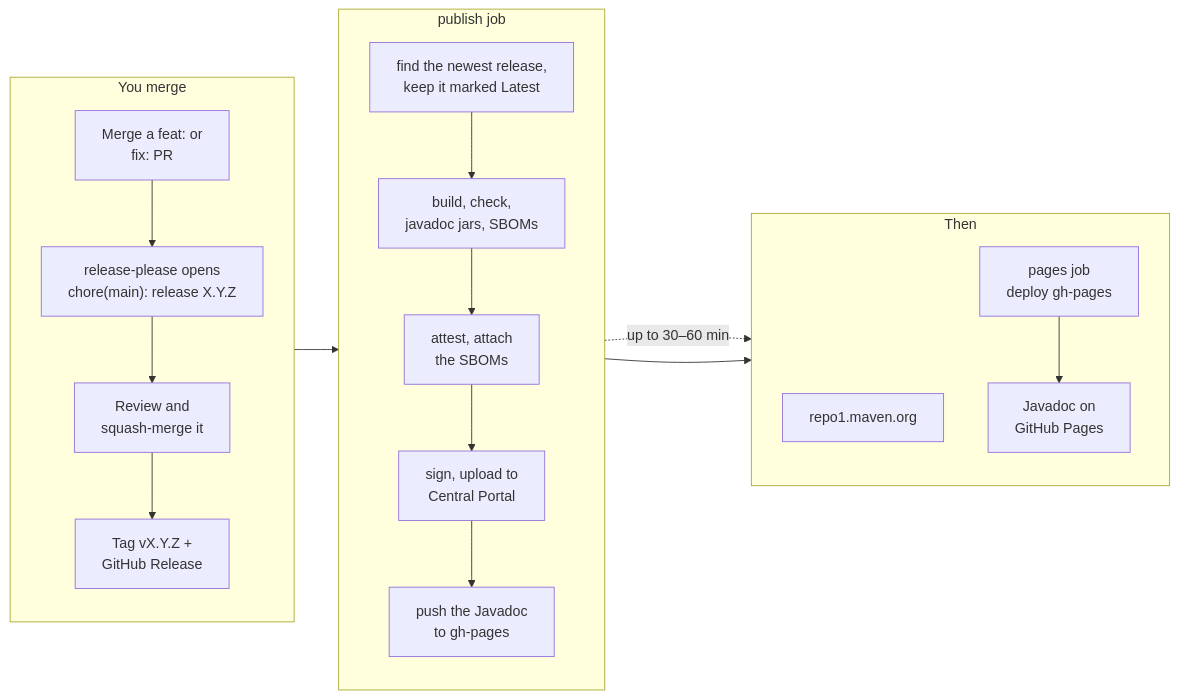
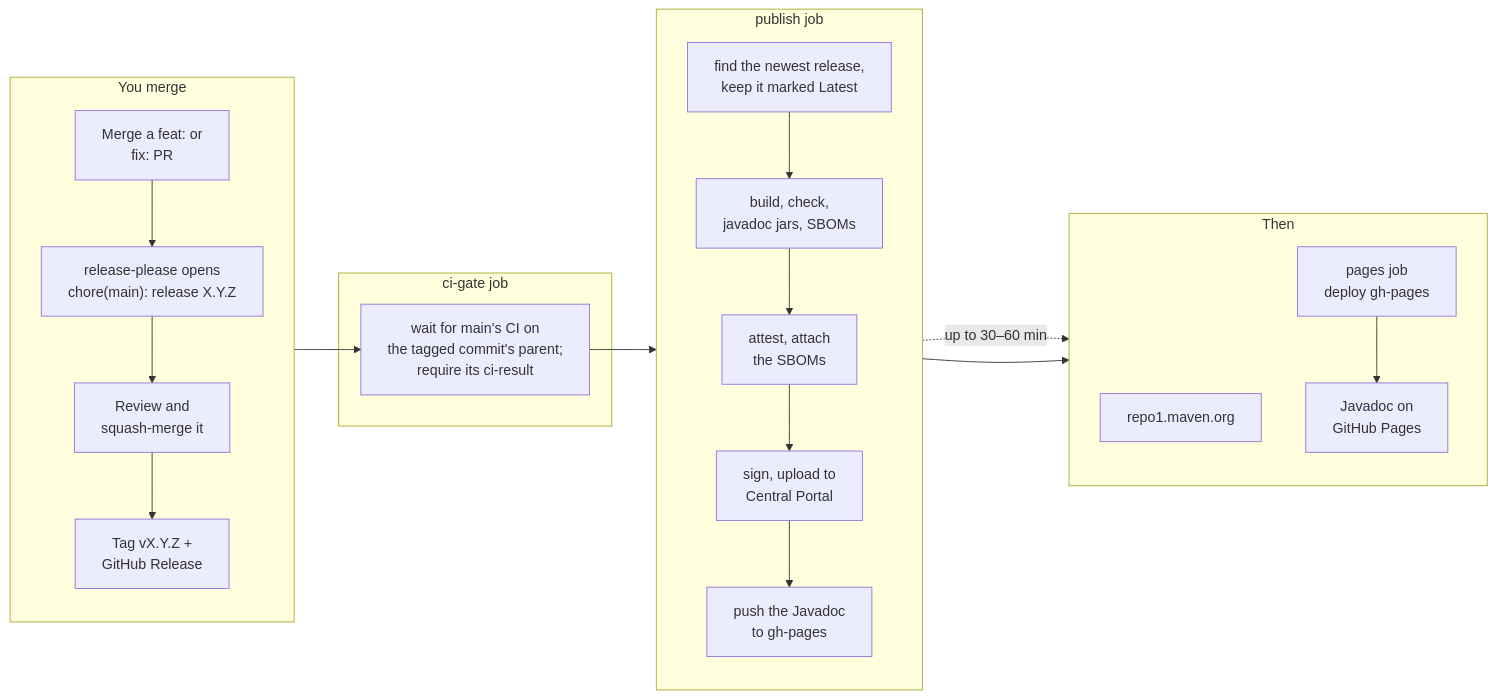
The diagram in RELEASING.md (brantunger/unruly-engine), drawn with Mermaid before and after one commit. The commit also changed other lines of this file and 328 other files, not shown here.

````diff
--- a/RELEASING.md
+++ b/RELEASING.md
@@ -26,24 +25,27 @@
 ```mermaid
 flowchart LR
     subgraph merge["You merge"]
         direction TB
         A["Merge a feat: or<br/>fix: PR"] --> B["release-please opens<br/>chore(main): release X.Y.Z"]
         B --> C["Review and<br/>squash-merge it"]
         C --> D["Tag vX.Y.Z +<br/>GitHub Release"]
+    end
+    subgraph gate["ci-gate job"]
+        W["wait for main's CI on<br/>the tagged commit's parent;<br/>require its ci-result"]
     end
     subgraph publish["publish job"]
         direction TB
         N["find the newest release,<br/>keep it marked Latest"] --> E
         E["build, check,<br/>javadoc jars, SBOMs"] --> V["attest, attach<br/>the SBOMs"]
         V --> F["sign, upload to<br/>Central Portal"]
         F --> J["push the Javadoc<br/>to gh-pages"]
     end
     subgraph after["Then"]
         direction TB
         G["repo1.maven.org"]
         P["pages job<br/>deploy gh-pages"] --> H["Javadoc on<br/>GitHub Pages"]
     end
-    D --> N
+    D --> W --> N
     F -. "up to 30–60 min" .-> G
     J --> P
 ```
````
